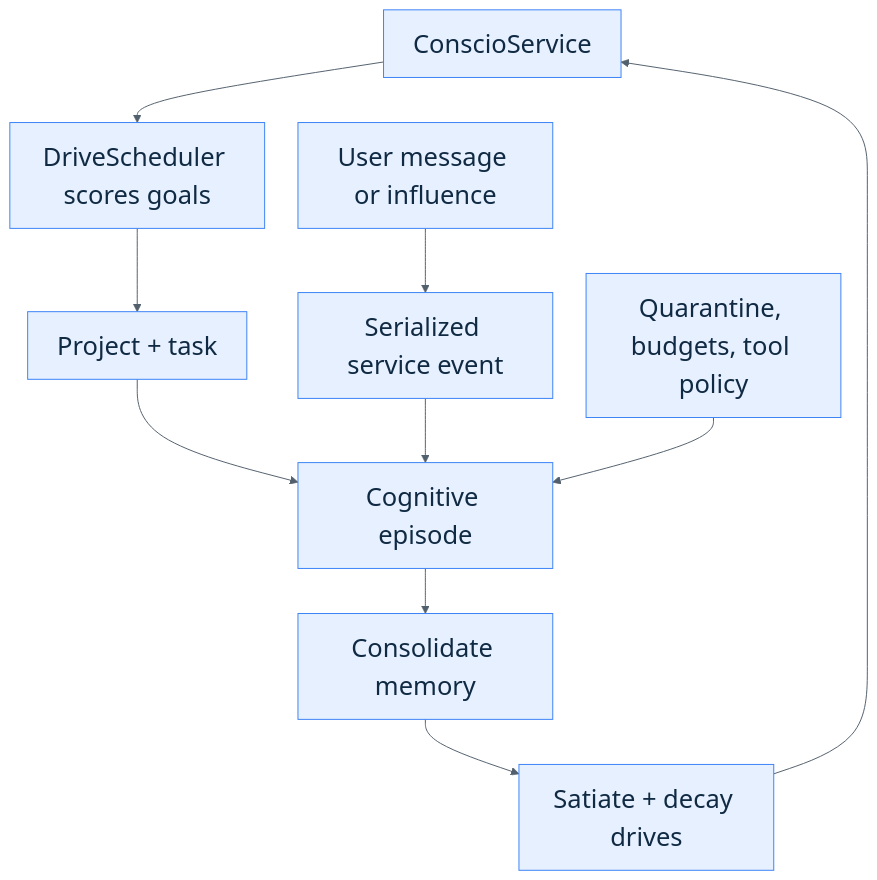
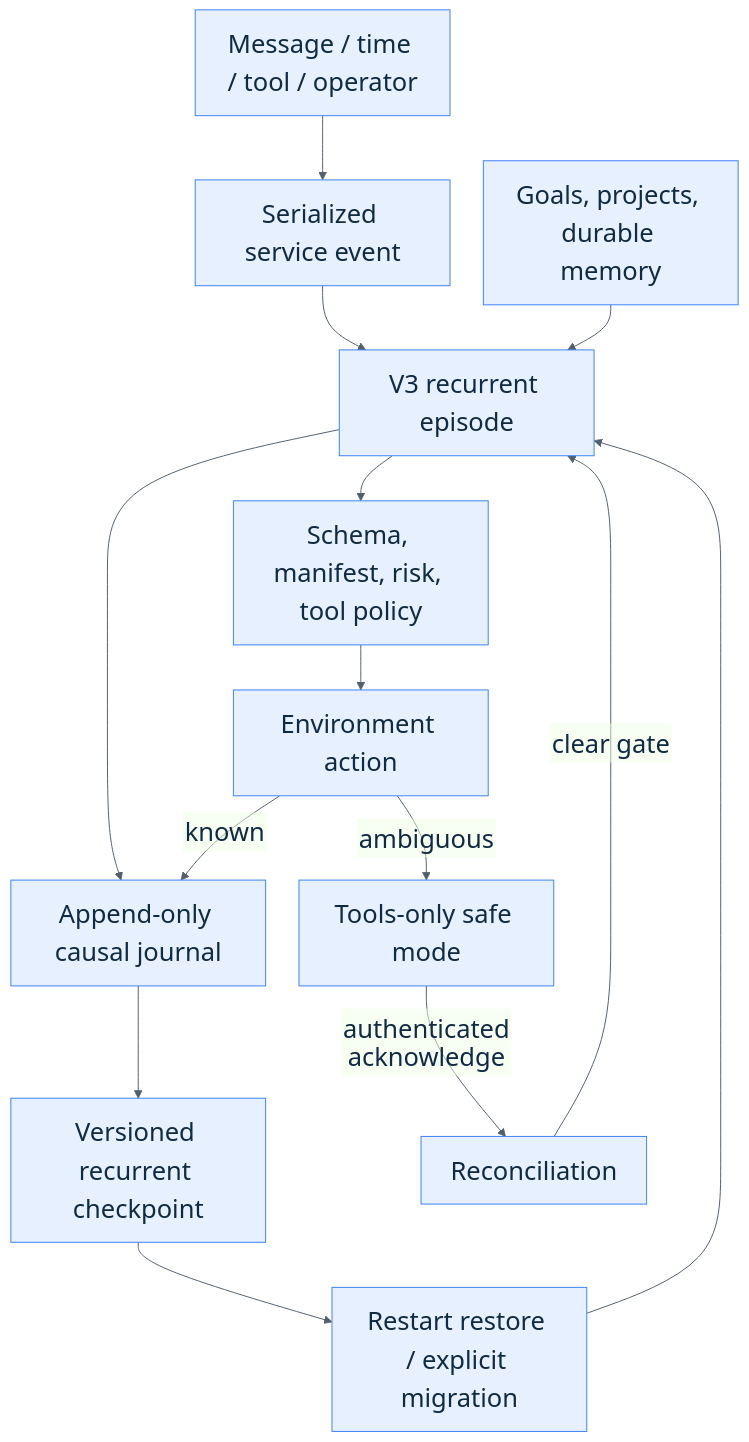
Before and after one commit to Libertai/conscio: the second of 4 diagrams in docs/paper.md, drawn with Mermaid. The commit also changed other lines of this file and 12 other files, not shown here.

````diff
--- a/docs/paper.md
+++ b/docs/paper.md
@@ -288,14 +369,17 @@
 ```mermaid
 %%{init: {"theme": "base", "themeVariables": {"fontFamily": "Inter, Arial, sans-serif", "fontSize": "26px", "primaryColor": "#e6f0ff", "primaryBorderColor": "#3b82f6", "primaryTextColor": "#102a43", "lineColor": "#52606d"}, "flowchart": {"htmlLabels": false, "nodeSpacing": 34, "rankSpacing": 46, "curve": "basis"}}}%%
 flowchart TD
-    SERVICE["ConscioService"] --> SCHED["DriveScheduler scores goals"]
-    SCHED --> PROJECT["Project + task"]
-    PROJECT --> EPISODE["Cognitive episode"]
-    EPISODE --> CONSOLIDATE["Consolidate memory"]
-    CONSOLIDATE --> DRIVES["Satiate + decay drives"]
-    DRIVES --> SERVICE
-
-    USER["User message or influence"] --> LOCK["Serialized service event"]
-    LOCK --> EPISODE
-    GUARD["Quarantine, budgets, tool policy"] --> EPISODE
+    EVENT["Message / time / tool / operator"] --> LOCK["Serialized service event"]
+    LOCK --> EPISODE["V3 recurrent episode"]
+    GOALS["Goals, projects, durable memory"] --> EPISODE
+    EPISODE --> JOURNAL["Append-only causal journal"]
+    JOURNAL --> CHECKPOINT["Versioned recurrent checkpoint"]
+    CHECKPOINT --> RESTORE["Restart restore / explicit migration"]
+    RESTORE --> EPISODE
+    EPISODE --> POLICY["Schema, manifest, risk, tool policy"]
+    POLICY --> ENV["Environment action"]
+    ENV -->|known| JOURNAL
+    ENV -->|ambiguous| SAFE["Tools-only safe mode"]
+    SAFE -->|authenticated acknowledge| OPERATOR["Reconciliation"]
+    OPERATOR -->|clear gate| EPISODE
 ```
````
